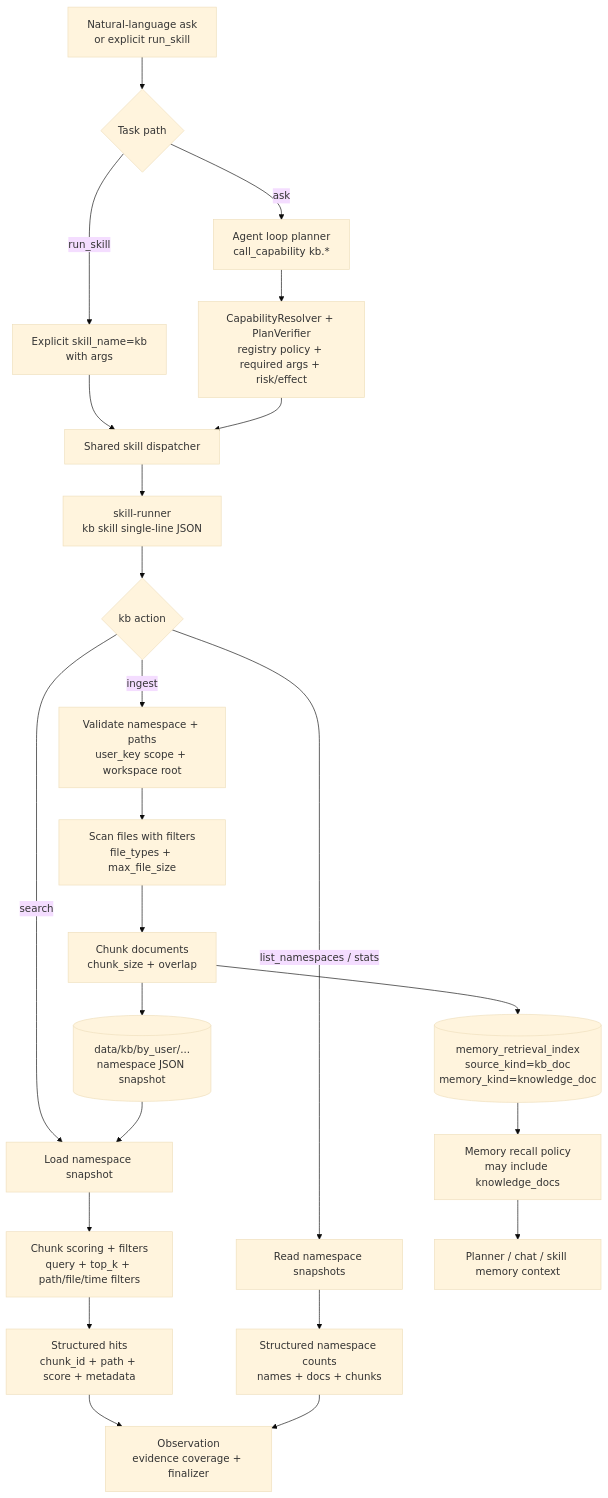
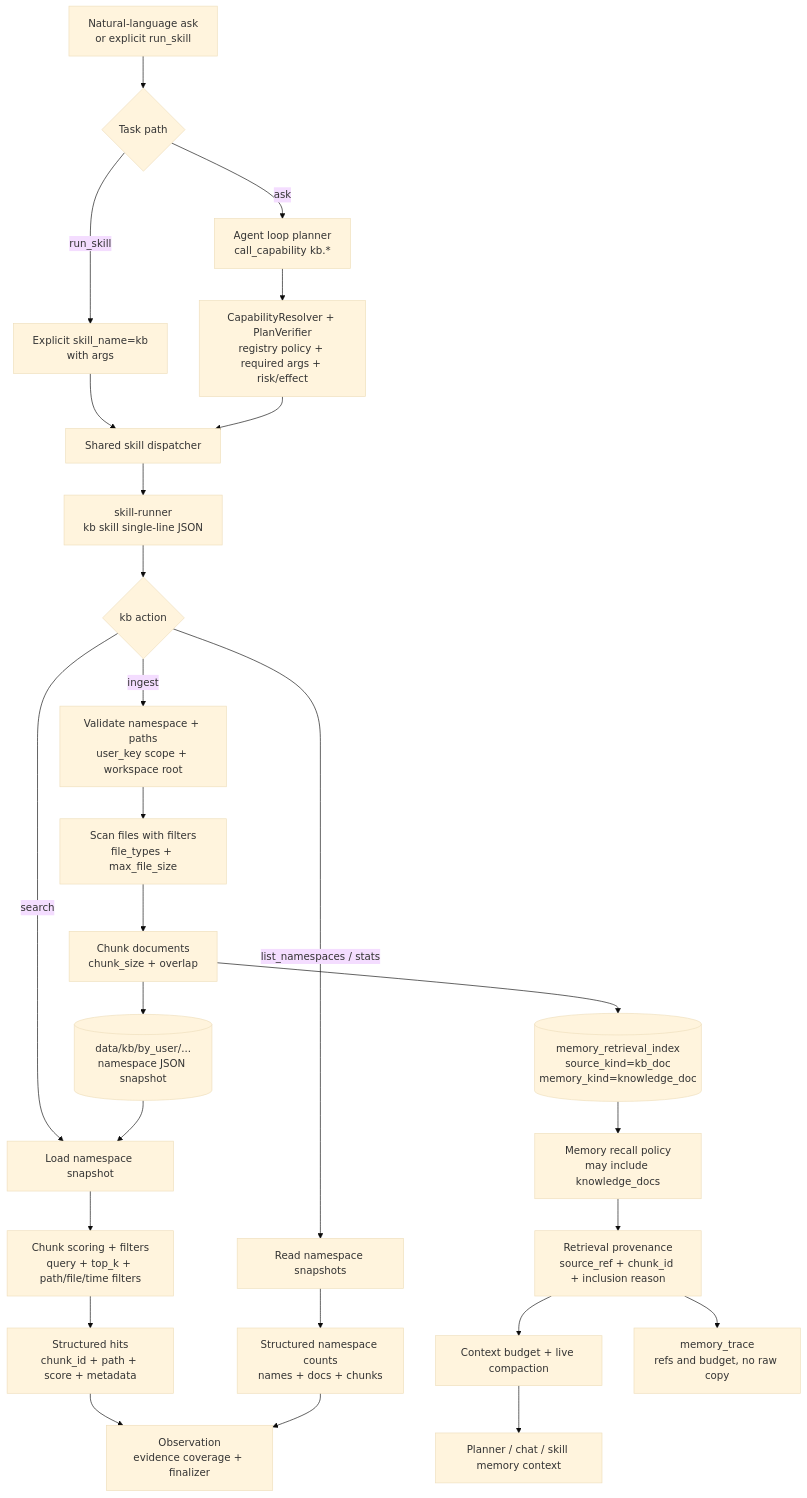
Before and after one commit to MatrixCoreX/RustClaw: the third of 17 diagrams in README.md, drawn with Mermaid (base theme). The commit also changed other lines of this file and 1 other file, not shown here.

Commit message:
docs: align agent runtime flows

````diff
--- a/README.md
+++ b/README.md
@@ -296,26 +278,29 @@
 ```mermaid
 flowchart TD
     A[Natural-language ask<br/>or explicit run_skill] --> B{Task path}
     B -->|ask| C[Agent loop planner<br/>call_capability kb.*]
     B -->|run_skill| D[Explicit skill_name=kb<br/>with args]
     C --> E[CapabilityResolver + PlanVerifier<br/>registry policy + required args + risk/effect]
     D --> F[Shared skill dispatcher]
     E --> F
     F --> G[skill-runner<br/>kb skill single-line JSON]
     G --> H{kb action}
     H -->|ingest| I[Validate namespace + paths<br/>user_key scope + workspace root]
     I --> J[Scan files with filters<br/>file_types + max_file_size]
     J --> K[Chunk documents<br/>chunk_size + overlap]
     K --> L[(data/kb/by_user/...<br/>namespace JSON snapshot)]
     K --> M[(memory_retrieval_index<br/>source_kind=kb_doc<br/>memory_kind=knowledge_doc)]
     H -->|search| N[Load namespace snapshot]
     L --> N
     N --> O[Chunk scoring + filters<br/>query + top_k + path/file/time filters]
     O --> P[Structured hits<br/>chunk_id + path + score + metadata]
     H -->|list_namespaces / stats| Q[Read namespace snapshots]
     Q --> R[Structured namespace counts<br/>names + docs + chunks]
     M --> S[Memory recall policy<br/>may include knowledge_docs]
-    S --> T[Planner / chat / skill memory context]
+    S --> SP[Retrieval provenance<br/>source_ref + chunk_id + inclusion reason]
+    SP --> SB[Context budget + live compaction]
+    SB --> T[Planner / chat / skill memory context]
+    SP --> ST[memory_trace<br/>refs and budget, no raw copy]
     P --> U[Observation<br/>evidence coverage + finalizer]
     R --> U
 ```
````
